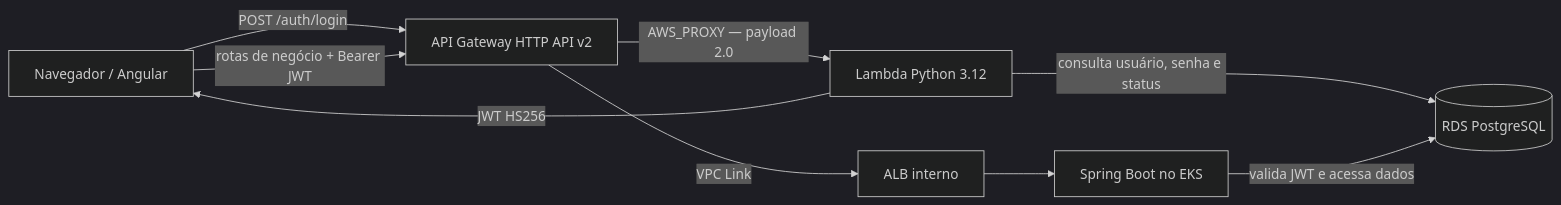
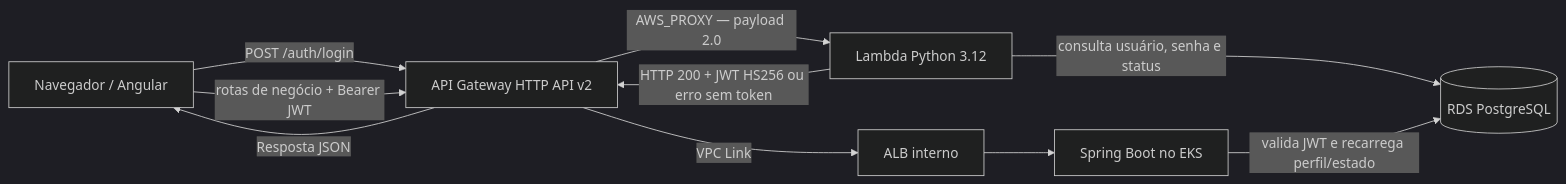
The diagram in README.md (autoflow-fiap/autoflow-lambda), drawn with Mermaid (dark theme) before and after one commit.

Commit message:
docs: corrige fluxo de resposta da autenticação

````diff
--- a/README.md
+++ b/README.md
@@ -11,11 +11,12 @@
 ```mermaid
 flowchart LR
   Browser[Navegador / Angular] -->|POST /auth/login| Gateway[API Gateway HTTP API v2]
   Gateway -->|AWS_PROXY — payload 2.0| Lambda[Lambda Python 3.12]
   Lambda -->|consulta usuário, senha e status| DB[(RDS PostgreSQL)]
-  Lambda -->|JWT HS256| Browser
+  Lambda -->|HTTP 200 + JWT HS256 ou erro sem token| Gateway
+  Gateway -->|Resposta JSON| Browser
   Browser -->|rotas de negócio + Bearer JWT| Gateway
   Gateway -->|VPC Link| ALB[ALB interno]
   ALB --> Backend[Spring Boot no EKS]
-  Backend -->|valida JWT e acessa dados| DB
+  Backend -->|valida JWT e recarrega perfil/estado| DB
 ```
````
